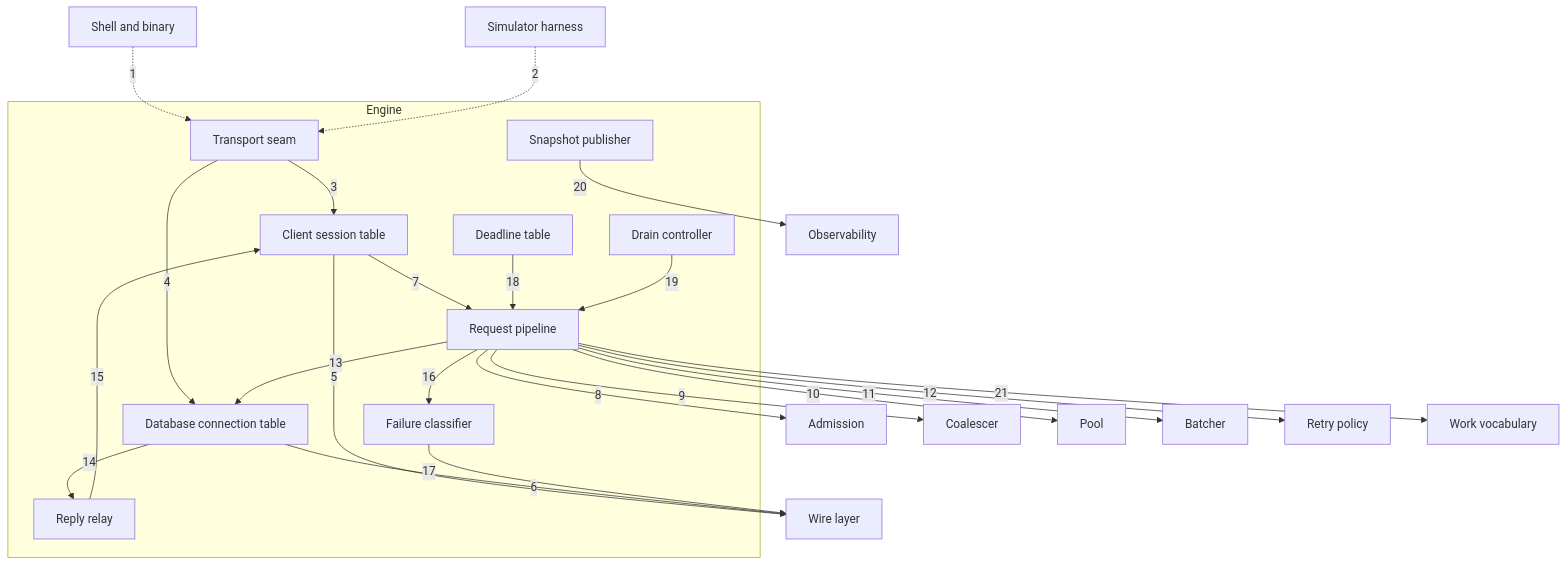
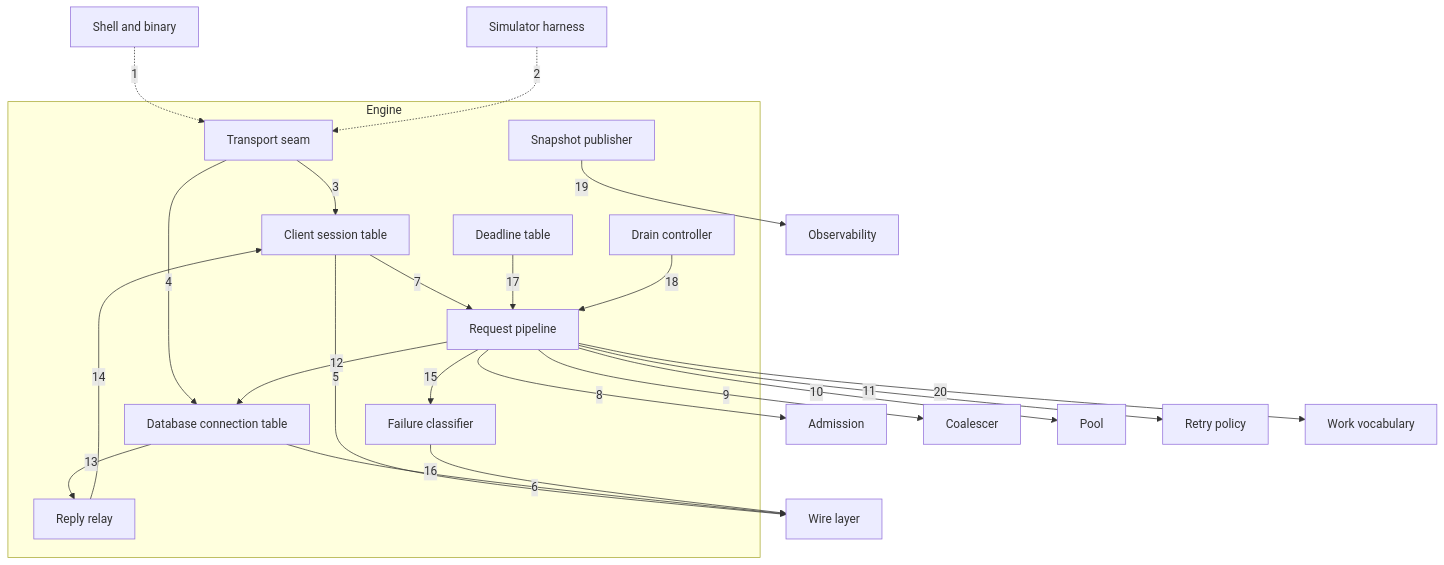
One commit to nickstrad/mini-gateway changed the diagram in docs/c4/diagrams/05-component-engine.mmd. Above: the diagram before and after it, drawn with Mermaid. The commit also changed 19 other files, not shown here.

Commit message:
c4: remove the batcher, draw TLS, renumber to 12 diagrams

```diff
--- a/docs/c4/diagrams/05-component-engine.mmd
+++ b/docs/c4/diagrams/05-component-engine.mmd
@@ -1,43 +1,41 @@
 flowchart TB
   N_SHELL["Shell and binary"]
   N_SIM["Simulator harness"]
   N_PGWIRE["Wire layer"]
   N_ADM["Admission"]
   N_COAL["Coalescer"]
   N_POOL["Pool"]
-  N_BATCH["Batcher"]
   N_RETRY["Retry policy"]
   N_OBS["Observability"]
   N_WORK["Work vocabulary"]
   subgraph SCOPE["Engine"]
     E_TRANSPORT["Transport seam"]
     E_SESSIONS["Client session table"]
     E_BACKENDS["Database connection table"]
     E_PIPELINE["Request pipeline"]
     E_RELAY["Reply relay"]
     E_FAIL["Failure classifier"]
     E_CLOCK["Deadline table"]
     E_DRAIN["Drain controller"]
     E_PUBLISH["Snapshot publisher"]
   end
   N_SHELL -.->|1| E_TRANSPORT
   N_SIM -.->|2| E_TRANSPORT
   E_TRANSPORT -->|3| E_SESSIONS
   E_TRANSPORT -->|4| E_BACKENDS
   E_SESSIONS -->|5| N_PGWIRE
   E_BACKENDS -->|6| N_PGWIRE
   E_SESSIONS -->|7| E_PIPELINE
   E_PIPELINE -->|8| N_ADM
   E_PIPELINE -->|9| N_COAL
   E_PIPELINE -->|10| N_POOL
-  E_PIPELINE -->|11| N_BATCH
-  E_PIPELINE -->|12| N_RETRY
-  E_PIPELINE -->|13| E_BACKENDS
-  E_BACKENDS -->|14| E_RELAY
-  E_RELAY -->|15| E_SESSIONS
-  E_PIPELINE -->|16| E_FAIL
-  E_FAIL -->|17| N_PGWIRE
-  E_CLOCK -->|18| E_PIPELINE
-  E_DRAIN -->|19| E_PIPELINE
-  E_PUBLISH -->|20| N_OBS
-  E_PIPELINE -->|21| N_WORK
+  E_PIPELINE -->|11| N_RETRY
+  E_PIPELINE -->|12| E_BACKENDS
+  E_BACKENDS -->|13| E_RELAY
+  E_RELAY -->|14| E_SESSIONS
+  E_PIPELINE -->|15| E_FAIL
+  E_FAIL -->|16| N_PGWIRE
+  E_CLOCK -->|17| E_PIPELINE
+  E_DRAIN -->|18| E_PIPELINE
+  E_PUBLISH -->|19| N_OBS
+  E_PIPELINE -->|20| N_WORK
```
